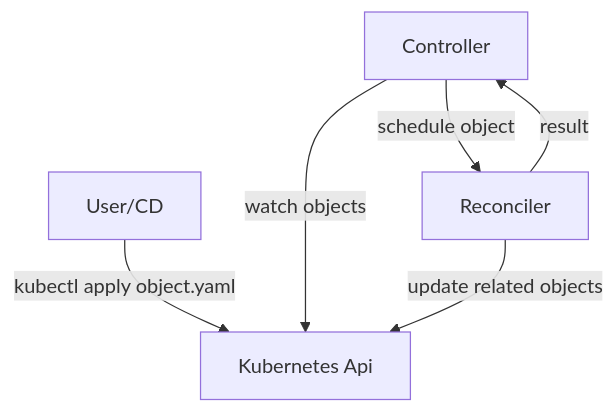
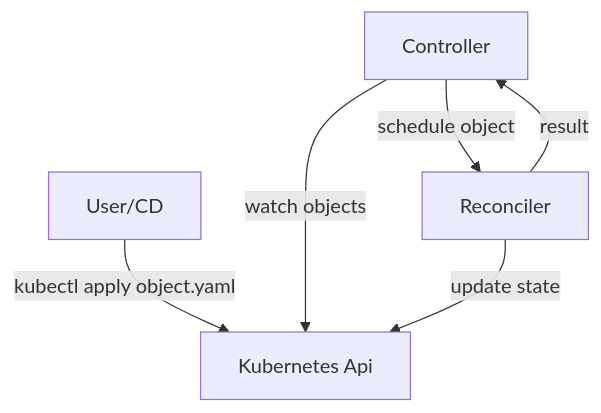
Before and after one commit to kube-rs/website: the diagram in docs/controllers/intro.md, drawn with Mermaid. The commit also changed other lines of this file, not shown here.

````diff
--- a/docs/controllers/intro.md
+++ b/docs/controllers/intro.md
@@ -17,8 +11,8 @@
 ```mermaid
 flowchart TD
     A[User/CD] -- kubectl apply object.yaml --> K[Kubernetes Api]
     C[Controller] -- watch objects --> K
     C -- schedule object --> R[Reconciler]
     R -- result --> C
-    R -- update related objects --> K
+    R -- update state --> K
 ```
````
